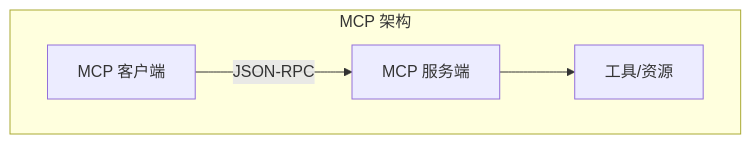
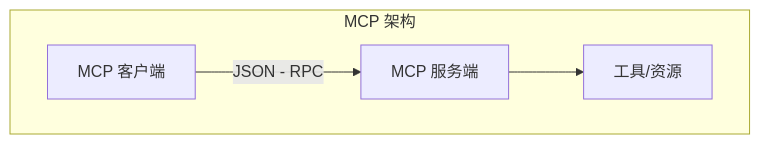
Before and after one commit to yeasy/context_engineering_guide: the diagram in 08_tools/8.4_mcp_protocol.md, drawn with Mermaid. The commit also changed other lines of this file, not shown here.

````diff
--- a/08_tools/8.4_mcp_protocol.md
+++ b/08_tools/8.4_mcp_protocol.md
@@ -14,11 +14,11 @@
 ```mermaid
 graph TB
     subgraph "MCP 架构"
         A["MCP 客户端"]
         B["MCP 服务端"]
         C["工具/资源"]
     end
     
-    A --> |"JSON-RPC"| B
+    A --> |"JSON - RPC"| B
     B --> C
 ```
````
